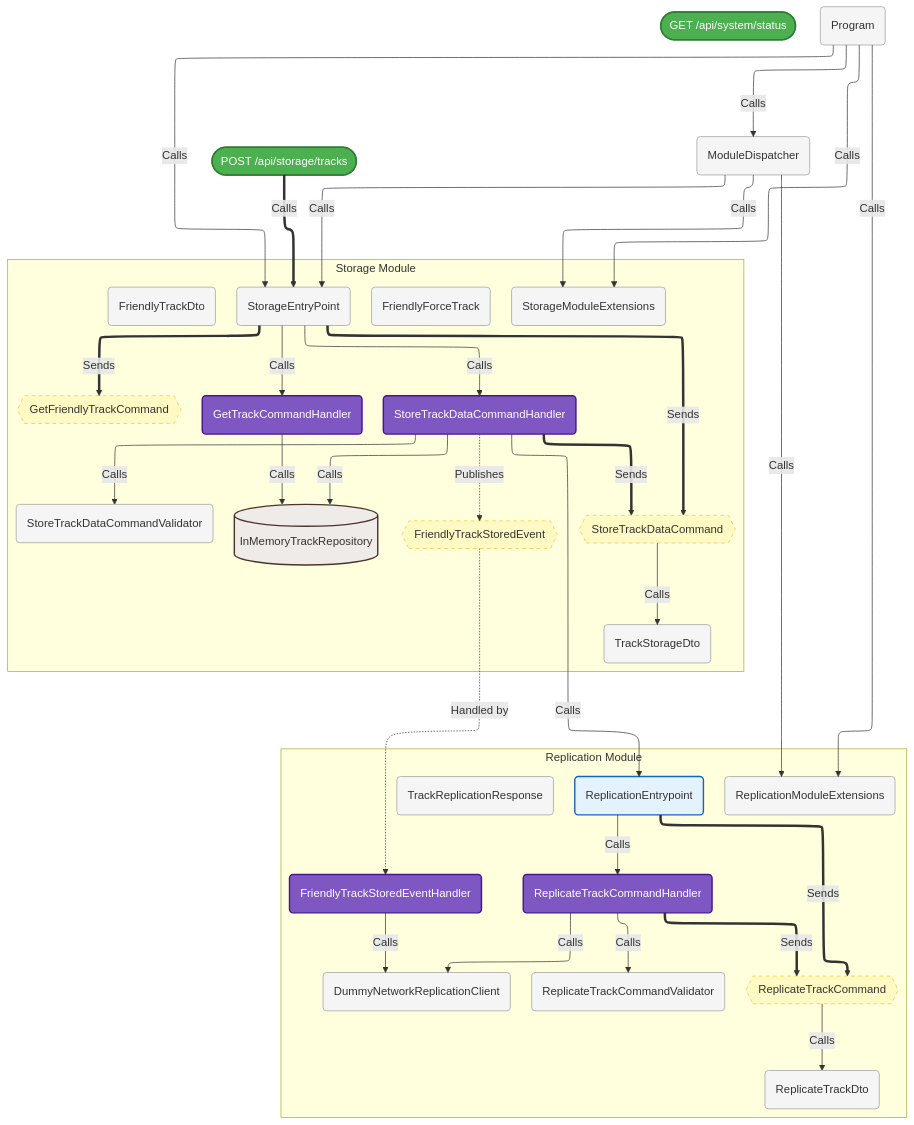
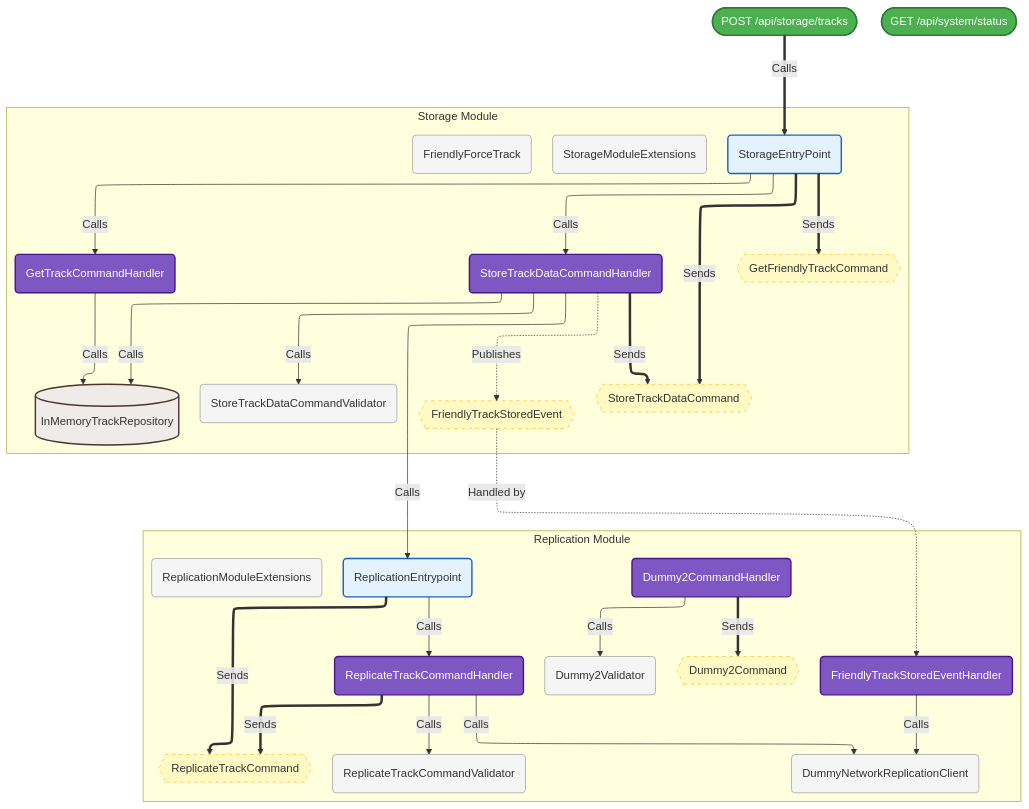
The diagram in readme.md (Wsm2110/Faster.Modulith.Pragmatic), drawn with Mermaid before and after one commit. The commit also changed other lines of this file and 15 other files, not shown here.

````diff
--- a/readme.md
+++ b/readme.md
@@ -181,66 +406,60 @@
 ```mermaid
 %%{init: {'flowchart': {'defaultRenderer': 'elk'}} }%%
 graph TD
     classDef endpoint fill:#4caf50,stroke:#2e7d32,stroke-width:2px,color:white;
     classDef facade fill:#e3f2fd,stroke:#1565c0,stroke-width:2px;
     classDef handler fill:#7e57c2,stroke:#4a148c,stroke-width:2px,color:white;
     classDef db fill:#efebe9,stroke:#4e342e,stroke-width:2px,shape:cylinder;
     classDef message fill:#fff9c4,stroke:#fbc02d,stroke-width:1px,stroke-dasharray: 5 5;
     classDef generic fill:#f5f5f5,stroke:#9e9e9e,stroke-width:1px;
+
     EP_POST_api_storage_tracks(["POST /api/storage/tracks"]):::endpoint
     EP_GET_api_system_status(["GET /api/system/status"]):::endpoint
-    Program("Program"):::generic
-    ModuleDispatcher("ModuleDispatcher"):::generic
+
+    subgraph Replication_Module ["Replication Module"]
+        Modulith_WebApi_Modules_Replication_Application_EventHandlers_FriendlyTrackStoredEventHandler("FriendlyTrackStoredEventHandler"):::handler
+        Modulith_WebApi_Modules_Replication_Application_CommandHandlers_ReplicateTrackCommandValidator("ReplicateTrackCommandValidator"):::generic
+        Modulith_WebApi_Modules_Replication_Application_CommandHandlers_ReplicateTrackCommandHandler("ReplicateTrackCommandHandler"):::handler
+        Modulith_WebApi_Modules_Replication_Application_CommandHandlers_Dummy2CommandHandler("Dummy2CommandHandler"):::handler
+        Modulith_WebApi_Modules_Replication_Application_CommandHandlers_Dummy2Validator("Dummy2Validator"):::generic
+        Modulith_WebApi_Modules_Replication_Application_ReplicationEntrypoint("ReplicationEntrypoint"):::facade
+        Modulith_WebApi_Modules_Replication_ReplicationModuleExtensions("ReplicationModuleExtensions"):::generic
+        Modulith_WebApi_Modules_Replication_Infrastructure_DummyNetworkReplicationClient("DummyNetworkReplicationClient"):::generic
+        Modulith_WebApi_Modules_Replication_Application_CommandHandlers_ReplicateTrackCommand{{"ReplicateTrackCommand"}}:::message
+        Modulith_WebApi_Modules_Replication_Application_CommandHandlers_Dummy2Command{{"Dummy2Command"}}:::message
+    end
+
     subgraph Storage_Module ["Storage Module"]
-        Modulith_WebApi_Modules_Storage_StorageModuleExtensions("StorageModuleExtensions"):::generic
-        Modulith_WebApi_Modules_Storage_Application_StorageEntryPoint("StorageEntryPoint"):::generic
-        Modulith_WebApi_Modules_Storage_Application_CommandHandlers_StoreTrackDataCommand{{"StoreTrackDataCommand"}}:::message
         Modulith_WebApi_Modules_Storage_Application_CommandHandlers_StoreTrackDataCommandValidator("StoreTrackDataCommandValidator"):::generic
         Modulith_WebApi_Modules_Storage_Application_CommandHandlers_StoreTrackDataCommandHandler("StoreTrackDataCommandHandler"):::handler
-        Modulith_WebApi_Modules_Storage_Application_CommandHandlers_GetFriendlyTrackCommand{{"GetFriendlyTrackCommand"}}:::message
         Modulith_WebApi_Modules_Storage_Application_CommandHandlers_GetTrackCommandHandler("GetTrackCommandHandler"):::handler
         Modulith_WebApi_Modules_Storage_Infrastructure_InMemoryTrackRepository[("InMemoryTrackRepository")]:::db
-        Modulith_WebApi_Modules_Storage_Contracts_FriendlyTrackDto("FriendlyTrackDto"):::generic
+        Modulith_WebApi_Modules_Storage_Domain_FriendlyForceTrack("FriendlyForceTrack"):::generic
+        Modulith_WebApi_Modules_Storage_Application_StorageEntryPoint("StorageEntryPoint"):::facade
+        Modulith_WebApi_Modules_Storage_StorageModuleExtensions("StorageModuleExtensions"):::generic
+        Modulith_WebApi_Modules_Storage_Application_CommandHandlers_StoreTrackDataCommand{{"StoreTrackDataCommand"}}:::message
         Modulith_WebApi_Modules_Storage_Contracts_FriendlyTrackStoredEvent{{"FriendlyTrackStoredEvent"}}:::message
-        Modulith_WebApi_Modules_Storage_Contracts_TrackStorageDto("TrackStorageDto"):::generic
-        Modulith_WebApi_Modules_Storage_Domain_FriendlyForceTrack("FriendlyForceTrack"):::generic
+        Modulith_WebApi_Modules_Storage_Application_CommandHandlers_GetFriendlyTrackCommand{{"GetFriendlyTrackCommand"}}:::message
     end
-    subgraph Replication_Module ["Replication Module"]
-        Modulith_WebApi_Modules_Replication_ReplicationModuleExtensions("ReplicationModuleExtensions"):::generic
-        Modulith_WebApi_Modules_Replication_Contracts_ReplicateTrackDto("ReplicateTrackDto"):::generic
-        Modulith_WebApi_Modules_Replication_Contracts_TrackReplicationResponse("TrackReplicationResponse"):::generic
-        Modulith_WebApi_Modules_Replication_Application_ReplicationEntrypoint("ReplicationEntrypoint"):::facade
-        Modulith_WebApi_Modules_Replication_Application_CommandHandlers_ReplicateTrackCommand{{"ReplicateTrackCommand"}}:::message
-        Modulith_WebApi_Modules_Replication_Application_CommandHandlers_ReplicateTrackCommandValidator("ReplicateTrackCommandValidator"):::generic
-        Modulith_WebApi_Modules_Replication_Application_CommandHandlers_ReplicateTrackCommandHandler("ReplicateTrackCommandHandler"):::handler
-        Modulith_WebApi_Modules_Replication_Application_EventHandlers_FriendlyTrackStoredEventHandler("FriendlyTrackStoredEventHandler"):::handler
-        Modulith_WebApi_Modules_Replication_Infrastructure_DummyNetworkReplicationClient("DummyNetworkReplicationClient"):::generic
-    end
-    Program -->|"Calls"| ModuleDispatcher
-    Program -->|"Calls"| Modulith_WebApi_Modules_Storage_StorageModuleExtensions
-    Program -->|"Calls"| Modulith_WebApi_Modules_Replication_ReplicationModuleExtensions
-    Program -->|"Calls"| Modulith_WebApi_Modules_Storage_Application_StorageEntryPoint
-    EP_POST_api_storage_tracks ==>|"Calls"| Modulith_WebApi_Modules_Storage_Application_StorageEntryPoint
-    ModuleDispatcher -->|"Calls"| Modulith_WebApi_Modules_Storage_StorageModuleExtensions
-    ModuleDispatcher -->|"Calls"| Modulith_WebApi_Modules_Replication_ReplicationModuleExtensions
-    ModuleDispatcher -->|"Calls"| Modulith_WebApi_Modules_Storage_Application_StorageEntryPoint
-    Modulith_WebApi_Modules_Storage_Application_StorageEntryPoint -->|"Calls"| Modulith_WebApi_Modules_Storage_Application_CommandHandlers_StoreTrackDataCommandHandler
-    Modulith_WebApi_Modules_Storage_Application_StorageEntryPoint -->|"Calls"| Modulith_WebApi_Modules_Storage_Application_CommandHandlers_GetTrackCommandHandler
-    Modulith_WebApi_Modules_Storage_Application_CommandHandlers_StoreTrackDataCommand -->|"Calls"| Modulith_WebApi_Modules_Storage_Contracts_TrackStorageDto
+
+    Modulith_WebApi_Modules_Replication_Application_EventHandlers_FriendlyTrackStoredEventHandler -->|"Calls"| Modulith_WebApi_Modules_Replication_Infrastructure_DummyNetworkReplicationClient
     Modulith_WebApi_Modules_Storage_Application_CommandHandlers_StoreTrackDataCommandHandler -->|"Calls"| Modulith_WebApi_Modules_Storage_Application_CommandHandlers_StoreTrackDataCommandValidator
     Modulith_WebApi_Modules_Storage_Application_CommandHandlers_StoreTrackDataCommandHandler -->|"Calls"| Modulith_WebApi_Modules_Storage_Infrastructure_InMemoryTrackRepository
     Modulith_WebApi_Modules_Storage_Application_CommandHandlers_StoreTrackDataCommandHandler -->|"Calls"| Modulith_WebApi_Modules_Replication_Application_ReplicationEntrypoint
+    Modulith_WebApi_Modules_Replication_Application_CommandHandlers_ReplicateTrackCommandHandler -->|"Calls"| Modulith_WebApi_Modules_Replication_Application_CommandHandlers_ReplicateTrackCommandValidator
+    Modulith_WebApi_Modules_Replication_Application_CommandHandlers_ReplicateTrackCommandHandler -->|"Calls"| Modulith_WebApi_Modules_Replication_Infrastructure_DummyNetworkReplicationClient
+    Modulith_WebApi_Modules_Replication_Application_CommandHandlers_Dummy2CommandHandler -->|"Calls"| Modulith_WebApi_Modules_Replication_Application_CommandHandlers_Dummy2Validator
     Modulith_WebApi_Modules_Storage_Application_CommandHandlers_GetTrackCommandHandler -->|"Calls"| Modulith_WebApi_Modules_Storage_Infrastructure_InMemoryTrackRepository
     Modulith_WebApi_Modules_Replication_Application_ReplicationEntrypoint -->|"Calls"| Modulith_WebApi_Modules_Replication_Application_CommandHandlers_ReplicateTrackCommandHandler
-    Modulith_WebApi_Modules_Replication_Application_CommandHandlers_ReplicateTrackCommand -->|"Calls"| Modulith_WebApi_Modules_Replication_Contracts_ReplicateTrackDto
-    Modulith_WebApi_Modules_Replication_Application_CommandHandlers_ReplicateTrackCommandHandler -->|"Calls"| Modulith_WebApi_Modules_Replication_Application_CommandHandlers_ReplicateTrackCommandValidator
-    Modulith_WebApi_Modules_Replication_Application_CommandHandlers_ReplicateTrackCommandHandler -->|"Calls"| Modulith_WebApi_Modules_Replication_Infrastructure_DummyNetworkReplicationClient
-    Modulith_WebApi_Modules_Replication_Application_EventHandlers_FriendlyTrackStoredEventHandler -->|"Calls"| Modulith_WebApi_Modules_Replication_Infrastructure_DummyNetworkReplicationClient
-    Modulith_WebApi_Modules_Storage_Application_StorageEntryPoint ==>|"Sends"| Modulith_WebApi_Modules_Storage_Application_CommandHandlers_StoreTrackDataCommand
-    Modulith_WebApi_Modules_Storage_Application_StorageEntryPoint ==>|"Sends"| Modulith_WebApi_Modules_Storage_Application_CommandHandlers_GetFriendlyTrackCommand
+    Modulith_WebApi_Modules_Storage_Application_StorageEntryPoint -->|"Calls"| Modulith_WebApi_Modules_Storage_Application_CommandHandlers_StoreTrackDataCommandHandler
+    Modulith_WebApi_Modules_Storage_Application_StorageEntryPoint -->|"Calls"| Modulith_WebApi_Modules_Storage_Application_CommandHandlers_GetTrackCommandHandler
+    EP_POST_api_storage_tracks ==>|"Calls"| Modulith_WebApi_Modules_Storage_Application_StorageEntryPoint
     Modulith_WebApi_Modules_Storage_Application_CommandHandlers_StoreTrackDataCommandHandler ==>|"Sends"| Modulith_WebApi_Modules_Storage_Application_CommandHandlers_StoreTrackDataCommand
     Modulith_WebApi_Modules_Storage_Application_CommandHandlers_StoreTrackDataCommandHandler -.->|"Publishes"| Modulith_WebApi_Modules_Storage_Contracts_FriendlyTrackStoredEvent
     Modulith_WebApi_Modules_Storage_Contracts_FriendlyTrackStoredEvent -.->|"Handled by"| Modulith_WebApi_Modules_Replication_Application_EventHandlers_FriendlyTrackStoredEventHandler
+    Modulith_WebApi_Modules_Replication_Application_CommandHandlers_ReplicateTrackCommandHandler ==>|"Sends"| Modulith_WebApi_Modules_Replication_Application_CommandHandlers_ReplicateTrackCommand
+    Modulith_WebApi_Modules_Replication_Application_CommandHandlers_Dummy2CommandHandler ==>|"Sends"| Modulith_WebApi_Modules_Replication_Application_CommandHandlers_Dummy2Command
     Modulith_WebApi_Modules_Replication_Application_ReplicationEntrypoint ==>|"Sends"| Modulith_WebApi_Modules_Replication_Application_CommandHandlers_ReplicateTrackCommand
-    Modulith_WebApi_Modules_Replication_Application_CommandHandlers_ReplicateTrackCommandHandler ==>|"Sends"| Modulith_WebApi_Modules_Replication_Application_CommandHandlers_ReplicateTrackCommand
+    Modulith_WebApi_Modules_Storage_Application_StorageEntryPoint ==>|"Sends"| Modulith_WebApi_Modules_Storage_Application_CommandHandlers_StoreTrackDataCommand
+    Modulith_WebApi_Modules_Storage_Application_StorageEntryPoint ==>|"Sends"| Modulith_WebApi_Modules_Storage_Application_CommandHandlers_GetFriendlyTrackCommand
 ```
````
